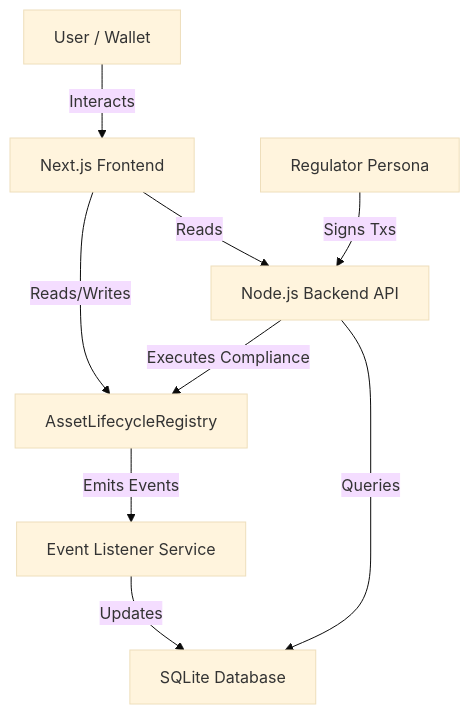
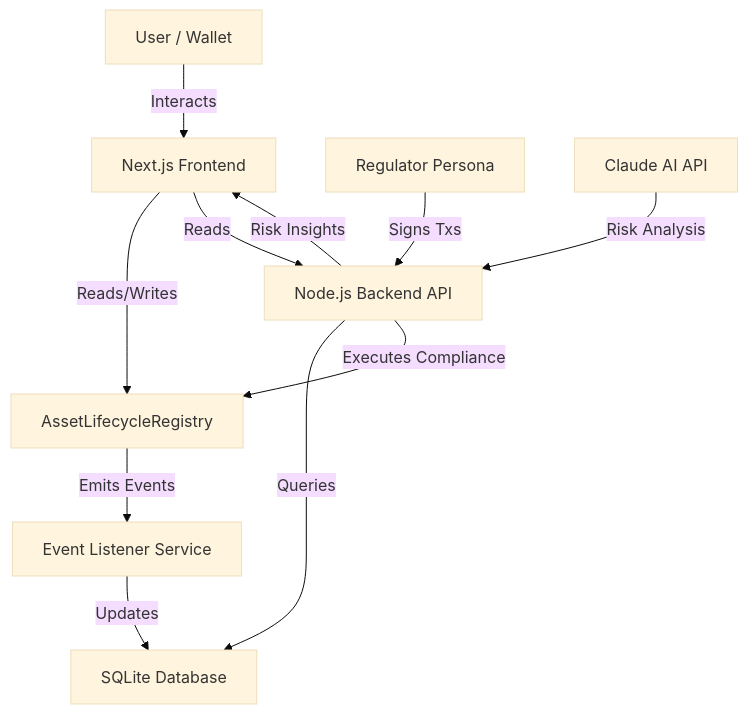
The diagram in README.md (janampatel/Finternet-asset-tokenisation), drawn with Mermaid (base theme) before and after one commit. The commit also changed other lines of this file and 13 other files, not shown here.

````diff
--- a/README.md
+++ b/README.md
@@ -23,13 +40,16 @@
 ```mermaid
 graph TD
     User[User / Wallet] -->|Interacts| Frontend[Next.js Frontend]
     Frontend -->|Reads/Writes| Contract[AssetLifecycleRegistry]
     Frontend -->|Reads| BackendAPI[Node.js Backend API]
     
     Contract -->|Emits Events| Syncer[Event Listener Service]
     Syncer -->|Updates| DB[SQLite Database]
     BackendAPI -->|Queries| DB
     
     Regulator[Regulator Persona] -->|Signs Txs| BackendAPI
     BackendAPI -->|Executes Compliance| Contract
+    
+    ClaudeAI[Claude AI API] -->|Risk Analysis| BackendAPI
+    BackendAPI -->|Risk Insights| Frontend
 ```
````
